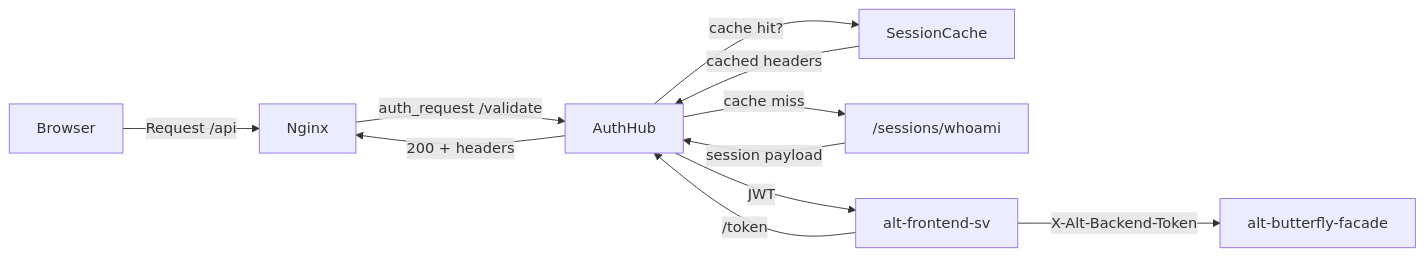
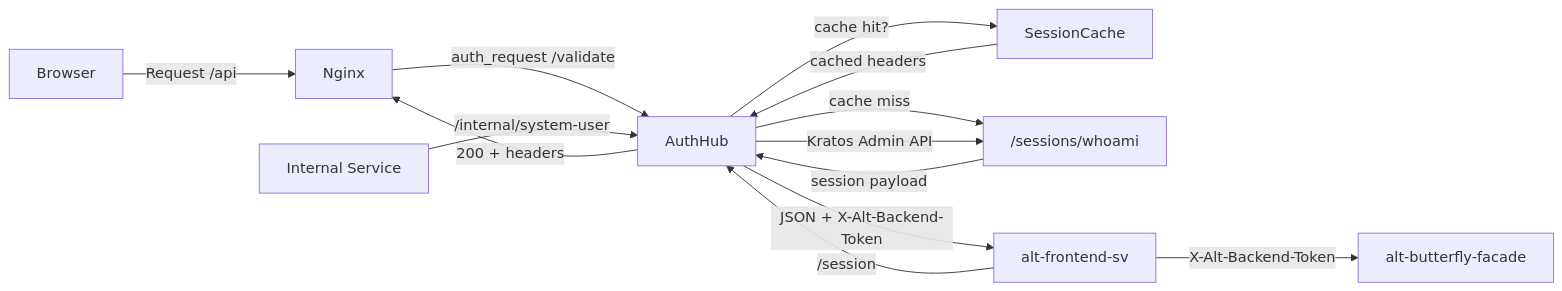
The diagram in docs/services/auth-hub.md (Kaikei-e/Alt), drawn with Mermaid before and after one commit. The commit also changed other lines of this file and 29 other files, not shown here.

````diff
--- a/docs/services/auth-hub.md
+++ b/docs/services/auth-hub.md
@@ -25,15 +63,18 @@
 ```mermaid
 flowchart LR
     Browser -->|Request /api| Nginx
     Nginx -->|auth_request /validate| AuthHub
     AuthHub -->|cache hit?| SessionCache
     SessionCache -->|cached headers| AuthHub
     AuthHub -->|200 + headers| Nginx
     AuthHub -->|cache miss| Kratos["/sessions/whoami"]
     Kratos -->|session payload| AuthHub
 
     FE[alt-frontend-sv]
-    FE -->|/token| AuthHub
-    AuthHub -->|JWT| FE
+    FE -->|/session| AuthHub
+    AuthHub -->|JSON + X-Alt-Backend-Token| FE
     FE -->|X-Alt-Backend-Token| BFF[alt-butterfly-facade]
+
+    Service[Internal Service] -->|/internal/system-user| AuthHub
+    AuthHub -->|Kratos Admin API| Kratos
 ```
````
